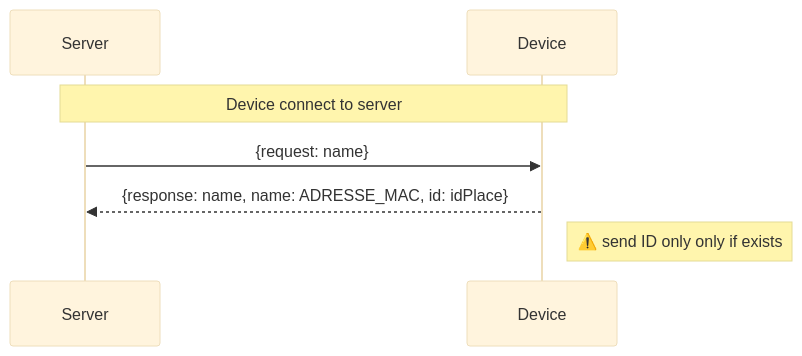
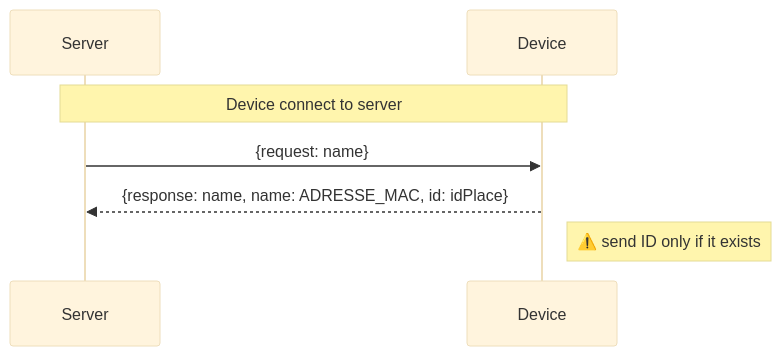
The first of 6 diagrams in README.md (katheleligaf/rio203-sensors), drawn with Mermaid (base theme) before and after one commit. The commit also changed other lines of this file, not shown here.

````diff
--- a/README.md
+++ b/README.md
@@ -8,7 +8,7 @@
 ```mermaid
 sequenceDiagram
     Note over Server,Device: Device connect to server
     Server ->> Device: {request: name}
     Device -->> Server: {response: name, name: ADRESSE_MAC, id: idPlace}
-    Note right of Device: ⚠️ send ID only only if exists
+    Note right of Device: ⚠️ send ID only if it exists
 ```
````
